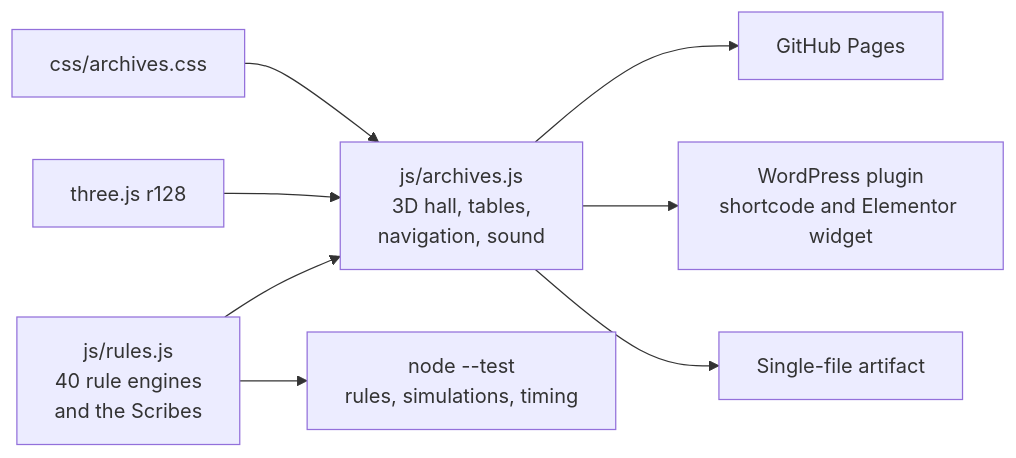
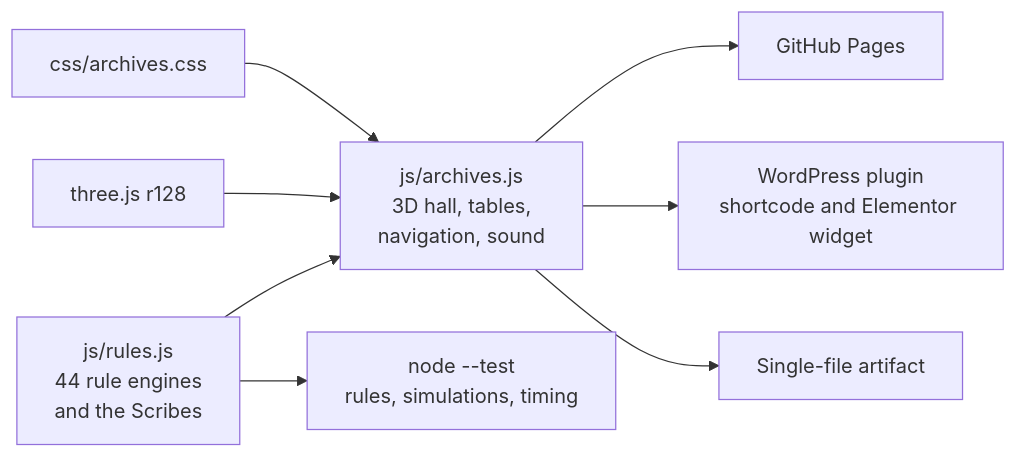
Before and after one commit to CptNope/Librarium-Archives: the second of 2 diagrams in README.md, drawn with Mermaid. The commit also changed other lines of this file and 15 other files, not shown here.

````diff
--- a/README.md
+++ b/README.md
@@ -41,10 +41,10 @@
 ```mermaid
 flowchart LR
-    rules["js/rules.js<br/>40 rule engines<br/>and the Scribes"] --> hall["js/archives.js<br/>3D hall, tables,<br/>navigation, sound"]
+    rules["js/rules.js<br/>44 rule engines<br/>and the Scribes"] --> hall["js/archives.js<br/>3D hall, tables,<br/>navigation, sound"]
     three["three.js r128"] --> hall
     css["css/archives.css"] --> hall
     hall --> site["GitHub Pages"]
     hall --> plugin["WordPress plugin<br/>shortcode and Elementor widget"]
     hall --> artifact["Single-file artifact"]
     rules --> tests["node --test<br/>rules, simulations, timing"]
 ```
````
